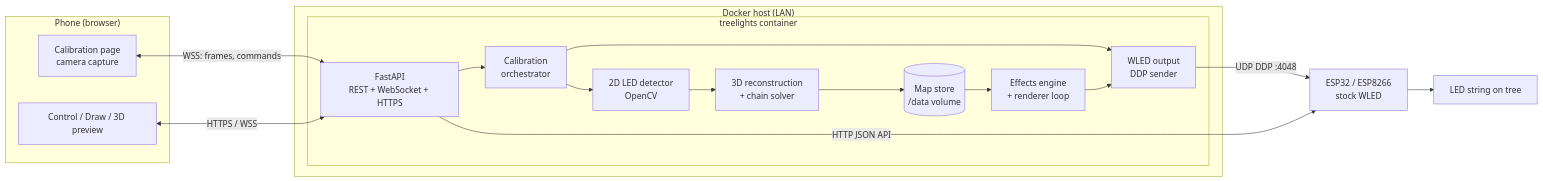
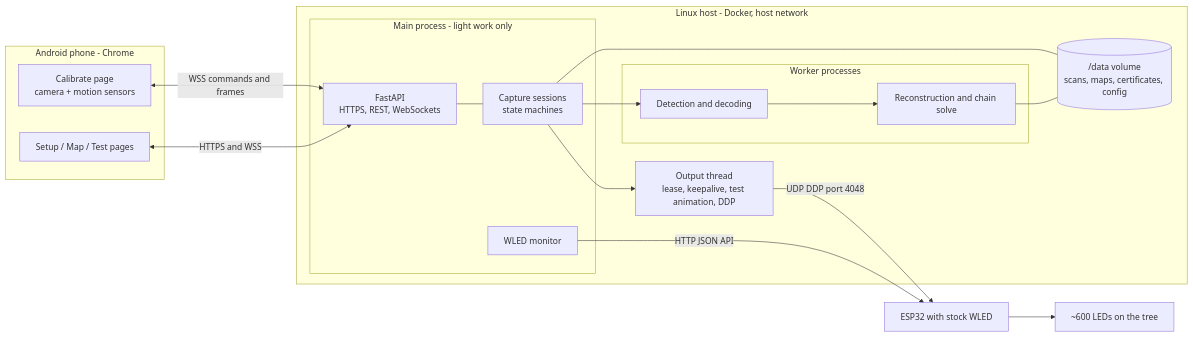
The first of 2 diagrams in architecture.md (vinnesttree/TreeLights), drawn with Mermaid before and after one commit. The commit also changed other lines of this file, not shown here.

First line of the commit message:
Revise architecture: record decisions, add failure analysis

````diff
--- a/architecture.md
+++ b/architecture.md
@@ -22,29 +130,31 @@
 ```mermaid
 flowchart LR
-  subgraph Phone["Phone (browser)"]
-    CAM[Calibration page<br/>camera capture]
-    UI[Control / Draw / 3D preview]
+  subgraph Phone["Android phone - Chrome"]
+    CAP["Calibrate page<br/>camera + motion sensors"]
+    UI["Setup / Map / Test pages"]
   end
-
-  subgraph Host["Docker host (LAN)"]
-    subgraph C["treelights container"]
-      API[FastAPI<br/>REST + WebSocket + HTTPS]
-      CAL[Calibration<br/>orchestrator]
-      DET[2D LED detector<br/>OpenCV]
-      REC[3D reconstruction<br/>+ chain solver]
-      MAP[(Map store<br/>/data volume)]
-      FX[Effects engine<br/>+ renderer loop]
-      OUT[WLED output<br/>DDP sender]
+  subgraph Host["Linux host - Docker, host network"]
+    subgraph Main["Main process - light work only"]
+      API["FastAPI<br/>HTTPS, REST, WebSockets"]
+      SES["Capture sessions<br/>state machines"]
+      MON["WLED monitor"]
     end
+    OUT["Output thread<br/>lease, keepalive, test animation, DDP"]
+    subgraph Workers["Worker processes"]
+      DET["Detection and decoding"]
+      REC["Reconstruction and chain solve"]
+    end
+    DATA[("/data volume<br/>scans, maps, certificates, config")]
   end
-
-  WLED[ESP32 / ESP8266<br/>stock WLED] --> LEDS[LED string on tree]
-
-  CAM <-- "WSS: frames, commands" --> API
-  UI <-- "HTTPS / WSS" --> API
-  API --> CAL --> DET --> REC --> MAP
-  CAL --> OUT
-  MAP --> FX --> OUT
-  OUT -- "UDP DDP :4048" --> WLED
-  API -- "HTTP JSON API" --> WLED
+  WLED["ESP32 with stock WLED"] --> LEDS["~600 LEDs on the tree"]
+  CAP <-->|WSS commands and frames| API
+  UI <-->|HTTPS and WSS| API
+  API --- SES
+  SES --> OUT
+  SES --> DET
+  DET --> REC
+  SES --- DATA
+  REC --- DATA
+  OUT -->|UDP DDP port 4048| WLED
+  MON -->|HTTP JSON API| WLED
 ```
````
